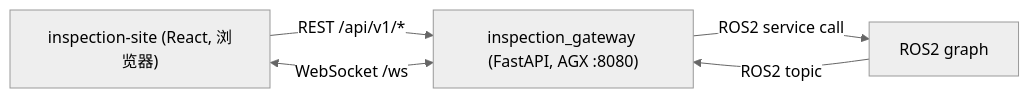
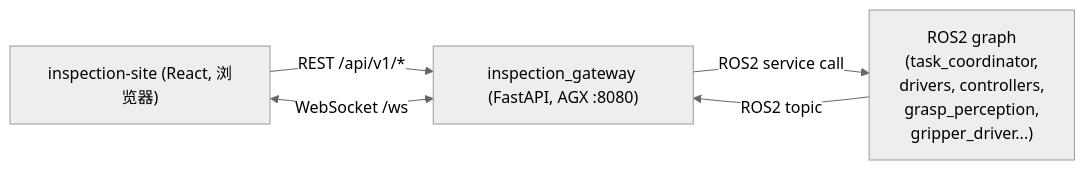
Before and after one commit to Misaka21/inspection-robot: the diagram in docs/INSPECTION_GATEWAY_DESIGN.md, drawn with Mermaid (neutral theme). The commit also changed other lines of this file and 4 other files, not shown here.

````diff
--- a/docs/INSPECTION_GATEWAY_DESIGN.md
+++ b/docs/INSPECTION_GATEWAY_DESIGN.md
@@ -78,11 +79,15 @@
 ```mermaid
 flowchart LR
   FE["inspection-site (React, 浏览器)"]
   GW["inspection_gateway (FastAPI, AGX :8080)"]
-  ROS["ROS2 graph"]
+  ROS["ROS2 graph
+  (task_coordinator,
+   drivers, controllers,
+   grasp_perception,
+   gripper_driver...)"]
 
   FE -->|"REST /api/v1/*"| GW
   FE <-->|"WebSocket /ws"| GW
   GW -->|"ROS2 service call"| ROS
   ROS -->|"ROS2 topic"| GW
 ```
````
